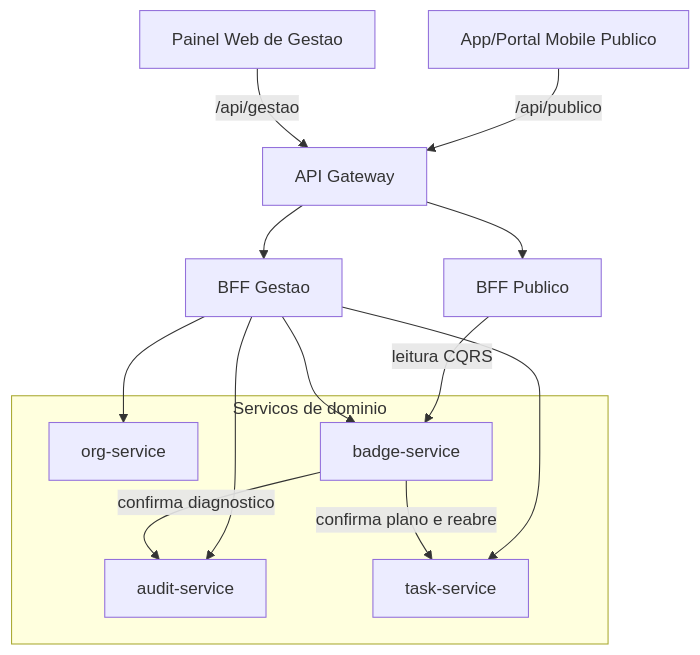
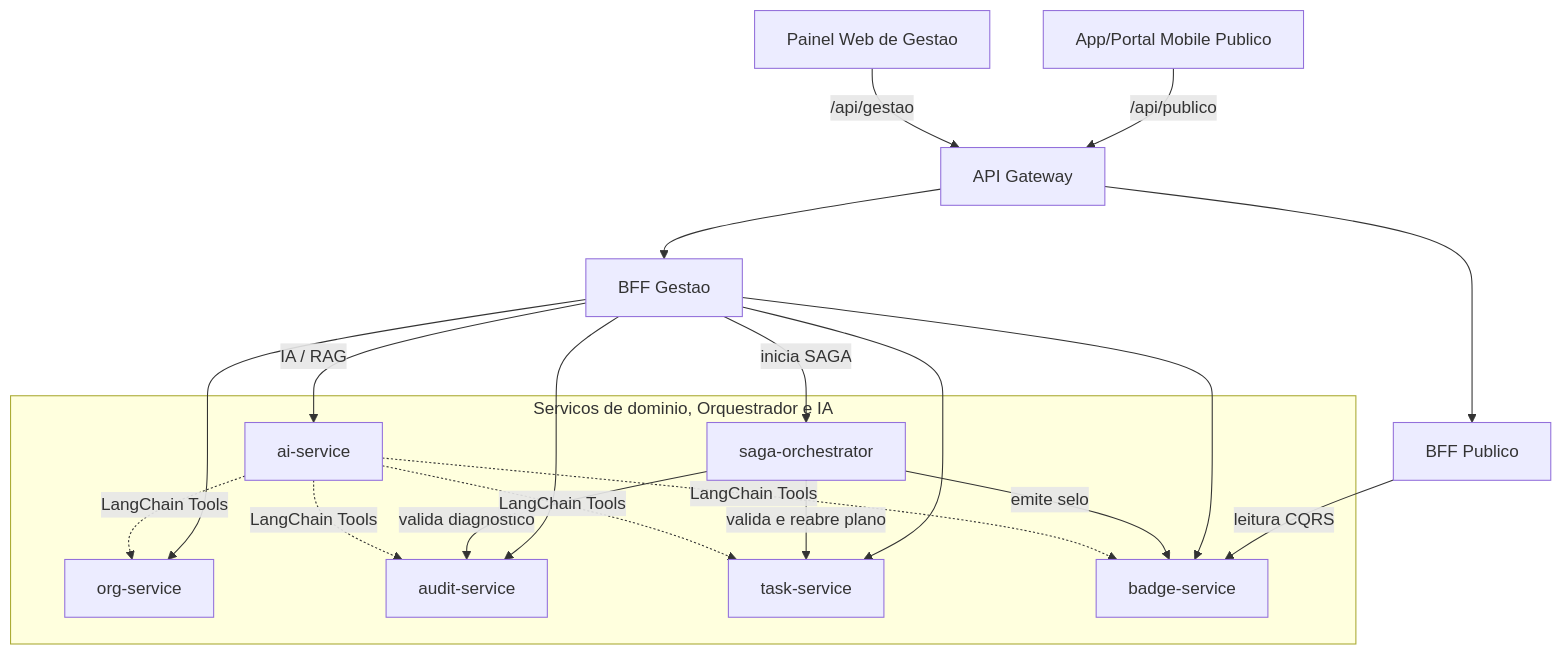
Before and after one commit to nicolas-mtheus/gcc129-ongsec-neurabase: the diagram in docs/microservicos.md, drawn with Mermaid. The commit also changed 1 other file, not shown here.

Commit message:
docs: atualiza README (Parte 4, Ollama, PWA, RBAC, Compose) e diagrama de microservicos
- README.md: atualiza badge/secoes para Parte 4 Concluida, adiciona instrucoes do Ollama local (deephat:latest e fallback resiliente), inclui Portal Mobile PWA (/publico/), credenciais ADMIN, endpoints /api/gestao/ia/* e ai-service (OpenAPI), e alinha nomes reais de redes, volumes e Dockerfiles Python/Multi-Stage do docker-compose.yml (mantendo a imagem da arquitetura intocada).
- docs/microservicos.md: atualiza diagrama Mermaid da secao 3 incluindo saga-orchestrator e ai-service, substituindo as setas antigas BDG -> AUD/TSK pelo fluxo real da SAGA e LangChain Tools.

````diff
--- a/docs/microservicos.md
+++ b/docs/microservicos.md
@@ -78,29 +78,39 @@
 ```mermaid
 flowchart TB
     App[App/Portal Mobile Publico]
     Web[Painel Web de Gestao]
     GW[API Gateway]
     BFFP[BFF Publico]
     BFFG[BFF Gestao]
 
-    subgraph dominio [Servicos de dominio]
+    subgraph dominio [Servicos de dominio, Orquestrador e IA]
         ORG[org-service]
         AUD[audit-service]
         TSK[task-service]
         BDG[badge-service]
+        SAGA[saga-orchestrator]
+        AI[ai-service]
     end
 
     App -->|/api/publico| GW
     Web -->|/api/gestao| GW
     GW --> BFFP
     GW --> BFFG
 
     BFFP -->|leitura CQRS| BDG
     BFFG --> ORG
     BFFG --> AUD
     BFFG --> TSK
     BFFG --> BDG
+    BFFG -->|inicia SAGA| SAGA
+    BFFG -->|IA / RAG| AI
 
-    BDG -->|confirma diagnostico| AUD
-    BDG -->|confirma plano e reabre| TSK
+    SAGA -->|valida diagnostico| AUD
+    SAGA -->|valida e reabre plano| TSK
+    SAGA -->|emite selo| BDG
+
+    AI -.->|LangChain Tools| ORG
+    AI -.->|LangChain Tools| AUD
+    AI -.->|LangChain Tools| TSK
+    AI -.->|LangChain Tools| BDG
 ```
````
